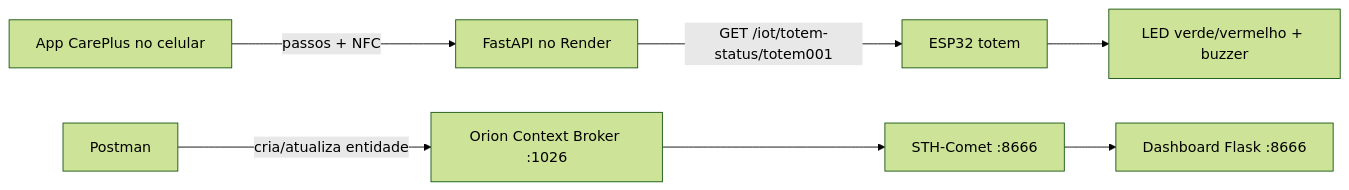
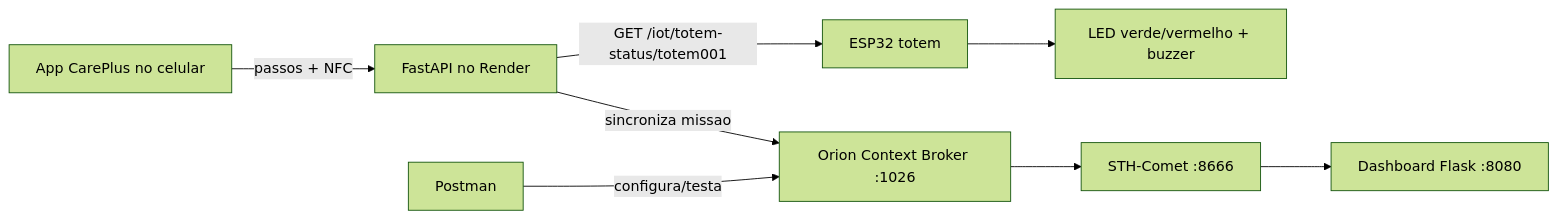
One commit to UMKTO-CarePlus/sprint03-edgecomputing changed the diagram in docs/sprint03-render-fiware.md. Above: the diagram before and after it, drawn with Mermaid (forest theme). The commit also changed other lines of this file and 8 other files, not shown here.

````diff
--- a/docs/sprint03-render-fiware.md
+++ b/docs/sprint03-render-fiware.md
@@ -7,9 +9,10 @@
 ```mermaid
 flowchart LR
     A["App CarePlus no celular"] -->|"passos + NFC"| R["FastAPI no Render"]
     R -->|"GET /iot/totem-status/totem001"| E["ESP32 totem"]
     E --> L["LED verde/vermelho + buzzer"]
-    P["Postman"] -->|"cria/atualiza entidade"| O["Orion Context Broker :1026"]
+    R -->|"sincroniza missao"| O["Orion Context Broker :1026"]
+    P["Postman"] -->|"configura/testa"| O
     O --> S["STH-Comet :8666"]
-    S --> D["Dashboard Flask :8666"]
+    S --> D["Dashboard Flask :8080"]
 ```
````
